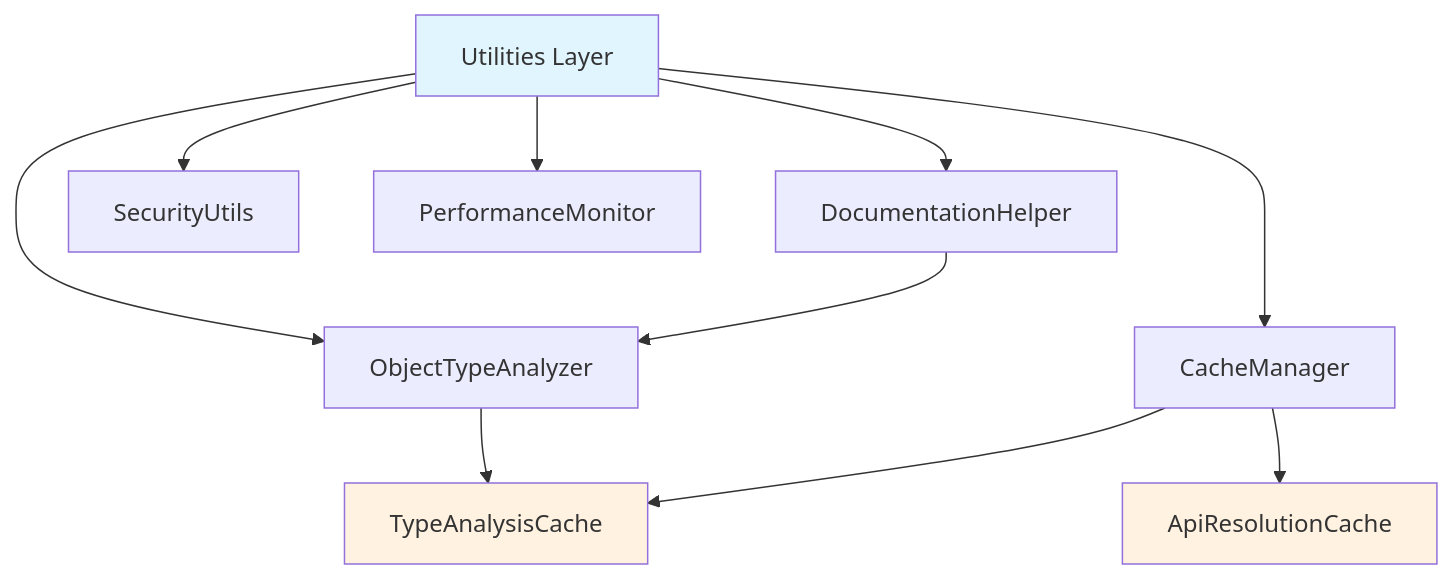
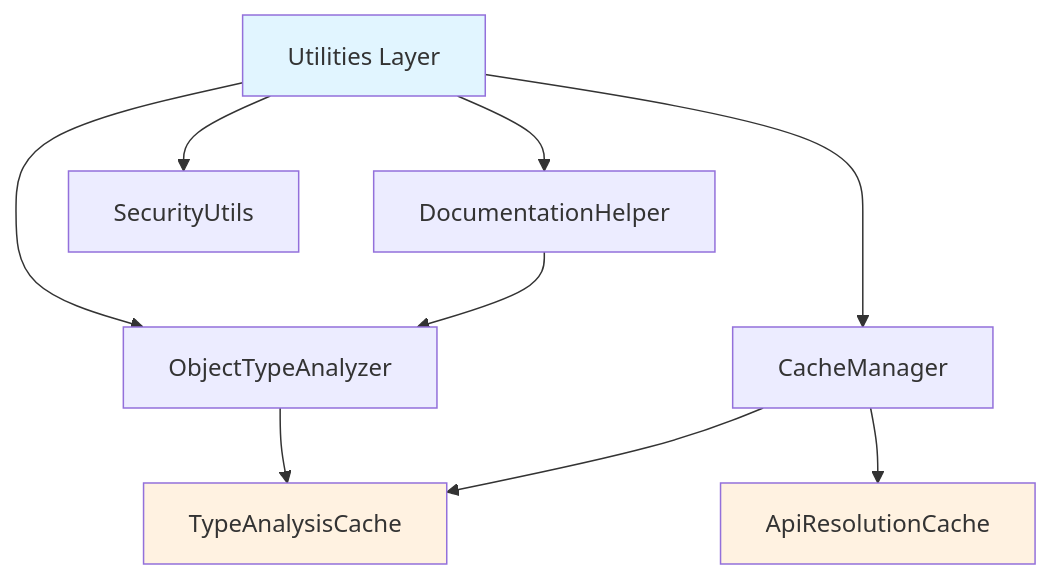
Before and after one commit to svallory/mintlify-tsdocs: the diagram in docs/architecture/utils-layer.mdx, drawn with Mermaid. The commit also changed other lines of this file and 139 other files, not shown here.

````diff
--- a/docs/architecture/utils-layer.mdx
+++ b/docs/architecture/utils-layer.mdx
@@ -27,17 +26,16 @@
 ```mermaid
 graph TD
     A[Utilities Layer] --> B[ObjectTypeAnalyzer]
     A --> C[DocumentationHelper]
     A --> D[SecurityUtils]
     A --> E[CacheManager]
-    A --> F[PerformanceMonitor]
 
-    B --> G[TypeAnalysisCache]
+    B --> F[TypeAnalysisCache]
     C --> B
-    E --> G
-    E --> H[ApiResolutionCache]
+    E --> F
+    E --> G[ApiResolutionCache]
 
     style A fill:#e1f5ff
+    style F fill:#fff2e1
     style G fill:#fff2e1
-    style H fill:#fff2e1
 ```
````
